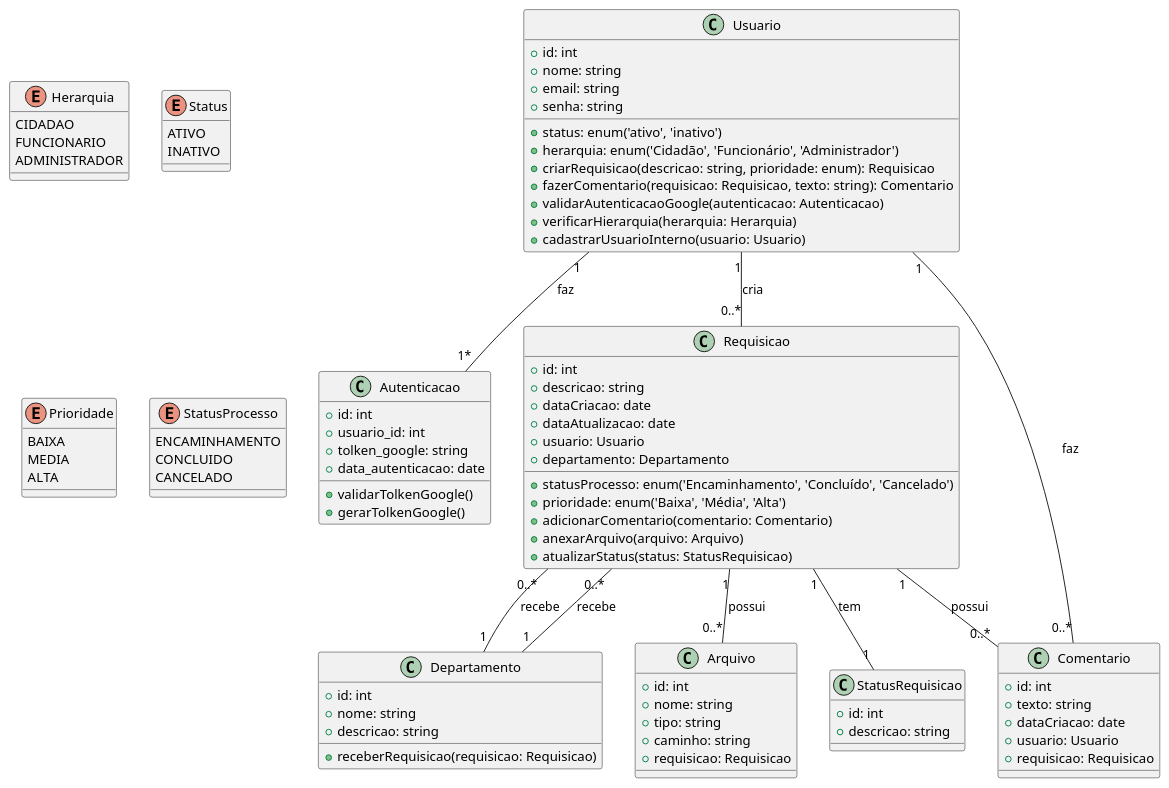
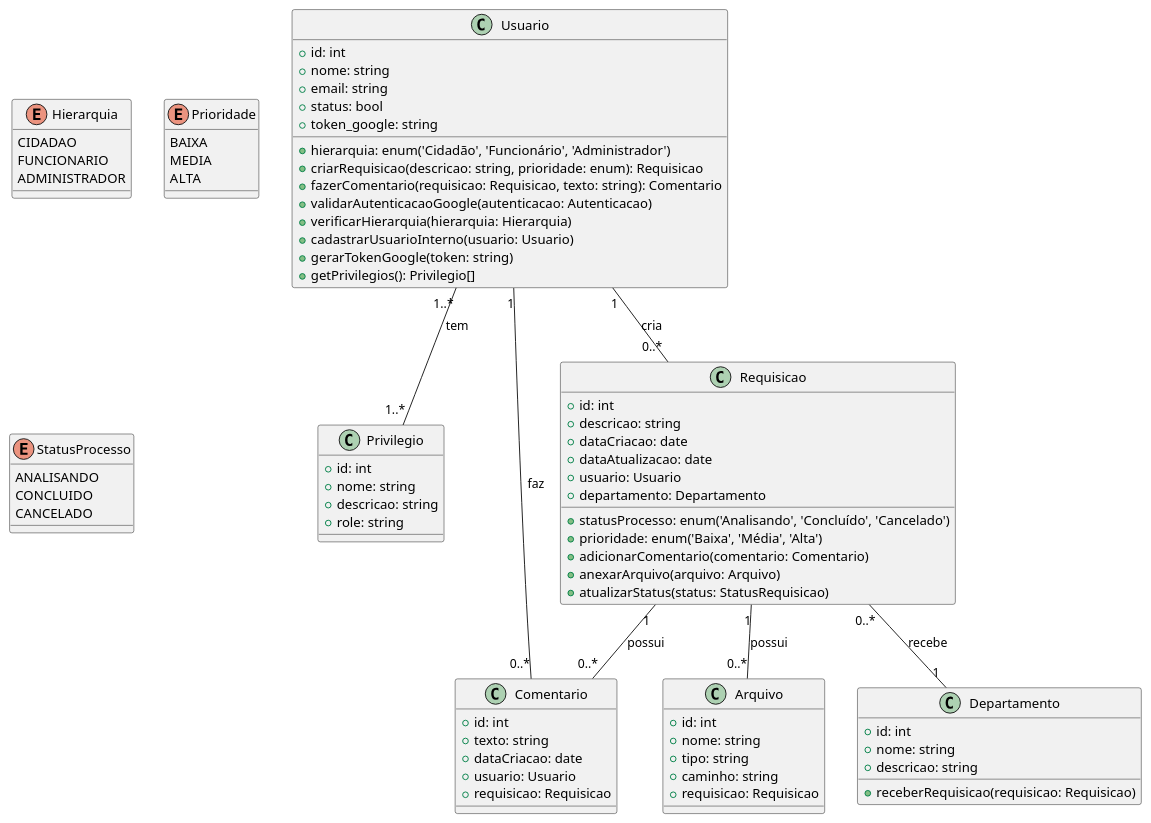
The diagram in diagramas/DC-CityHub.puml (Francielefernandes06/documentacao-projeto-coorporativo-2024.2), drawn with PlantUML before and after one commit. The commit also changed 4 other files, not shown here.

```diff
--- a/diagramas/DC-CityHub.puml
+++ b/diagramas/DC-CityHub.puml
@@ -1,104 +1,94 @@
 @startuml
 
 ' Definindo as classes principais
 class Usuario {
   +id: int
   +nome: string
   +email: string
-  +senha: string
-  +status: enum('ativo', 'inativo')
-  +herarquia: enum('Cidadão', 'Funcionário', 'Administrador')
+  +status: bool
+  +token_google: string
+  +hierarquia: enum('Cidadão', 'Funcionário', 'Administrador')
   +criarRequisicao(descricao: string, prioridade: enum): Requisicao
   +fazerComentario(requisicao: Requisicao, texto: string): Comentario
   +validarAutenticacaoGoogle(autenticacao: Autenticacao)
-  +verificarHierarquia(herarquia: Herarquia)
+  +verificarHierarquia(hierarquia: Hierarquia)
   +cadastrarUsuarioInterno(usuario: Usuario)
+  +gerarTokenGoogle(token: string)
+  +getPrivilegios(): Privilegio[]
 
 }
-
-class Autenticacao {
-    +id: int
-    +usuario_id: int
-    +tolken_google: string
-    +data_autenticacao: date
-    +validarTolkenGoogle()
-    +gerarTolkenGoogle()
+class Privilegio {
+  +id: int
+  +nome: string
+  +descricao: string
+  +role: string
 }
 
 class Requisicao {
   +id: int
   +descricao: string
   +dataCriacao: date
   +dataAtualizacao: date
   +usuario: Usuario
   +departamento: Departamento
-  +statusProcesso: enum('Encaminhamento', 'Concluído', 'Cancelado')
+  +statusProcesso: enum('Analisando', 'Concluído', 'Cancelado')
   +prioridade: enum('Baixa', 'Média', 'Alta')
   +adicionarComentario(comentario: Comentario)
   +anexarArquivo(arquivo: Arquivo)
   +atualizarStatus(status: StatusRequisicao)
 }
 
 class Departamento {
   +id: int
   +nome: string
   +descricao: string
   +receberRequisicao(requisicao: Requisicao)
 }
 
 class Comentario {
   +id: int
   +texto: string
   +dataCriacao: date
   +usuario: Usuario
   +requisicao: Requisicao
 }
 
 class Arquivo {
   +id: int
   +nome: string
   +tipo: string
   +caminho: string
   +requisicao: Requisicao
 }
 
-class StatusRequisicao {
-  +id: int
-  +descricao: string
-}
+
 
 ' Enum
-enum Herarquia {
+enum Hierarquia {
     CIDADAO
     FUNCIONARIO
     ADMINISTRADOR
 }
 
-enum Status {
-    ATIVO
-    INATIVO
-}
 
 enum Prioridade {
     BAIXA
     MEDIA
     ALTA
 }
 
 enum StatusProcesso {
-    ENCAMINHAMENTO
+    ANALISANDO
     CONCLUIDO
     CANCELADO
 }
 
 ' Definindo as relações
 Usuario "1" -- "0..*" Requisicao : cria
 Usuario "1" -- "0..*" Comentario : faz
-Usuario "1" -- "1*" Autenticacao : faz
 Requisicao "1" -- "0..*" Comentario : possui
 Requisicao "1" -- "0..*" Arquivo : possui
-Requisicao "1" -- "1" StatusRequisicao : tem
 Requisicao "0..*" -- "1" Departamento : recebe
-Departamento "1" -- "0..*" Requisicao : recebe
+Usuario "1..*" -- "1..*" Privilegio : tem
 
 @enduml
```
